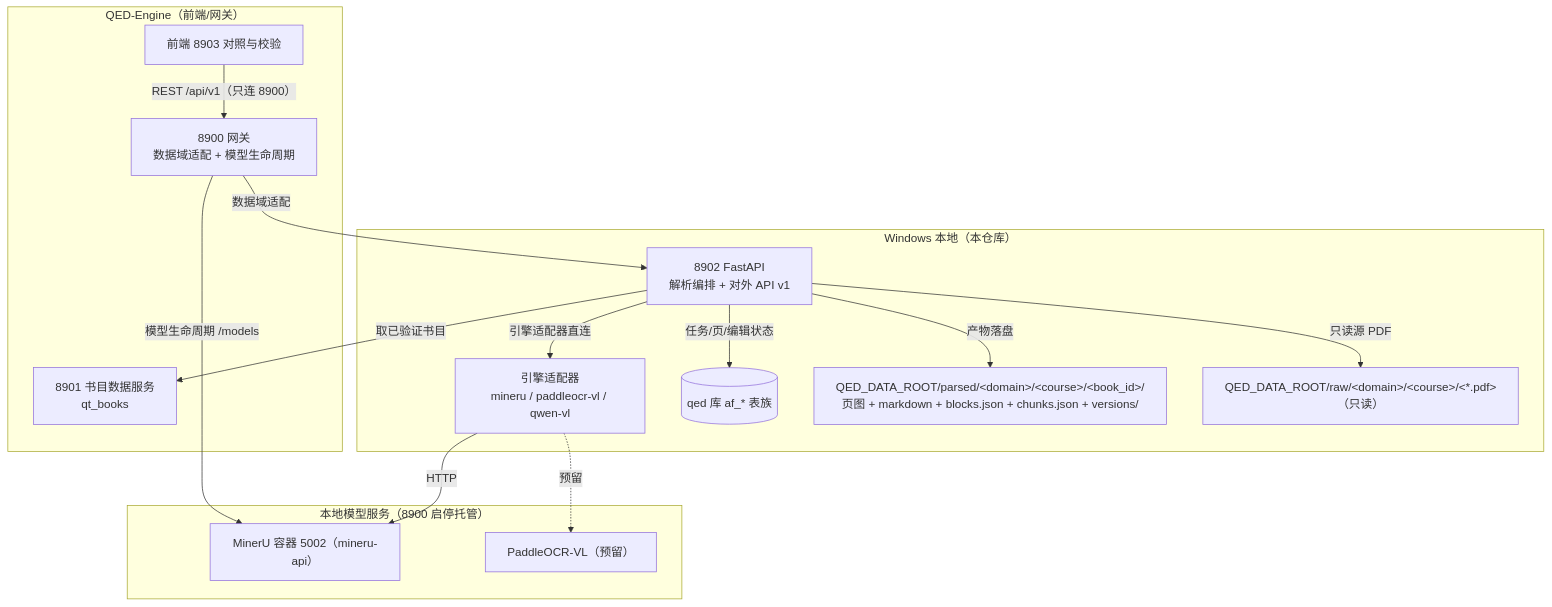
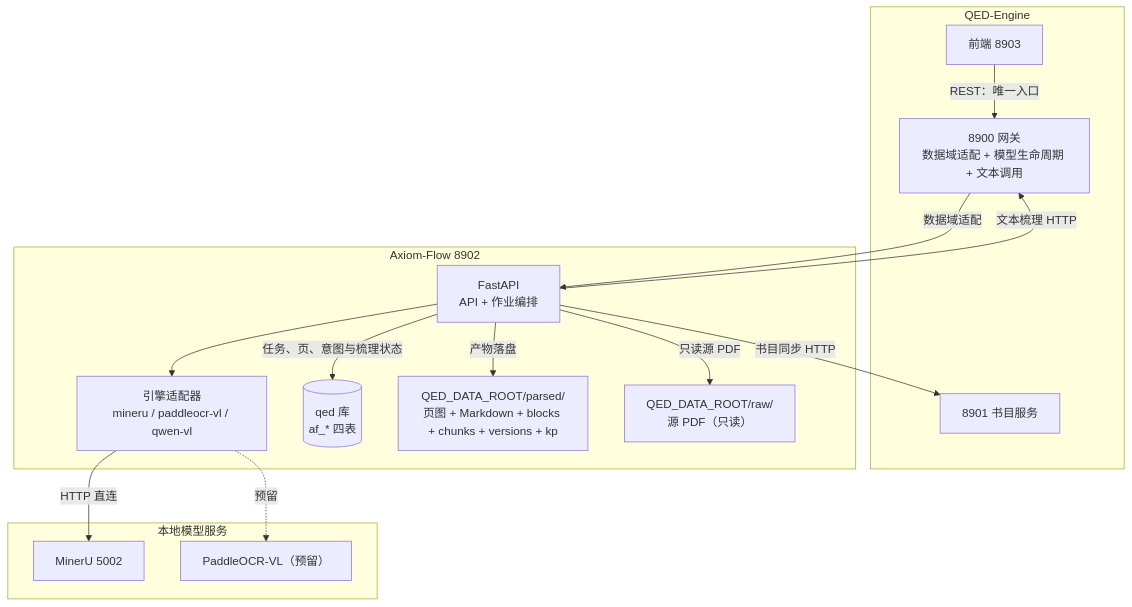
One commit to swfswf1234/Axiom-Flow changed the diagram in docs/architecture/overview.md. Above: the diagram before and after it, drawn with Mermaid. The commit also changed other lines of this file and 62 other files, not shown here.

````diff
--- a/docs/architecture/overview.md
+++ b/docs/architecture/overview.md
@@ -74,30 +68,30 @@
 ```mermaid
 flowchart TB
-    subgraph QED["QED-Engine（前端/网关）"]
-        UI["前端 8903 对照与校验"]
-        GW["8900 网关<br/>数据域适配 + 模型生命周期"]
-        BOOK["8901 书目数据服务<br/>qt_books"]
+    subgraph QED["QED-Engine"]
+        UI["前端 8903"]
+        GW["8900 网关<br/>数据域适配 + 模型生命周期 + 文本调用"]
+        BOOK["8901 书目服务"]
     end
-    subgraph WIN["Windows 本地（本仓库）"]
-        API["8902 FastAPI<br/>解析编排 + 对外 API v1"]
+    subgraph AF["Axiom-Flow 8902"]
+        API["FastAPI<br/>API + 作业编排"]
         ENG["引擎适配器<br/>mineru / paddleocr-vl / qwen-vl"]
-        DB[("qed 库 af_* 表族")]
-        DATA["QED_DATA_ROOT/parsed/&lt;domain&gt;/&lt;course&gt;/&lt;book_id&gt;/<br/>页图 + markdown + blocks.json + chunks.json + versions/"]
-        RAW["QED_DATA_ROOT/raw/&lt;domain&gt;/&lt;course&gt;/&lt;*.pdf&gt;（只读）"]
+        DB[("qed 库<br/>af_* 四表")]
+        DATA["QED_DATA_ROOT/parsed/<br/>页图 + Markdown + blocks + chunks + versions + kp"]
+        RAW["QED_DATA_ROOT/raw/<br/>源 PDF（只读）"]
     end
-    subgraph MODELS["本地模型服务（8900 启停托管）"]
-        MA["MinerU 容器 5002（mineru-api）"]
+    subgraph MODELS["本地模型服务"]
+        MA["MinerU 5002"]
         PV["PaddleOCR-VL（预留）"]
     end
 
-    UI -->|"REST /api/v1（只连 8900）"| GW
+    UI -->|"REST：唯一入口"| GW
     GW -->|"数据域适配"| API
-    GW -->|"模型生命周期 /models"| MA
-    API -->|"取已验证书目"| BOOK
-    API -->|"引擎适配器直连"| ENG
-    ENG -->|"HTTP"| MA
+    API -->|"书目同步 HTTP"| BOOK
+    API --> ENG
+    ENG -->|"HTTP 直连"| MA
     ENG -.->|"预留"| PV
-    API -->|"任务/页/编辑状态"| DB
+    API -->|"文本梳理 HTTP"| GW
+    API -->|"任务、页、意图与梳理状态"| DB
     API -->|"只读源 PDF"| RAW
     API -->|"产物落盘"| DATA
 ```
````
